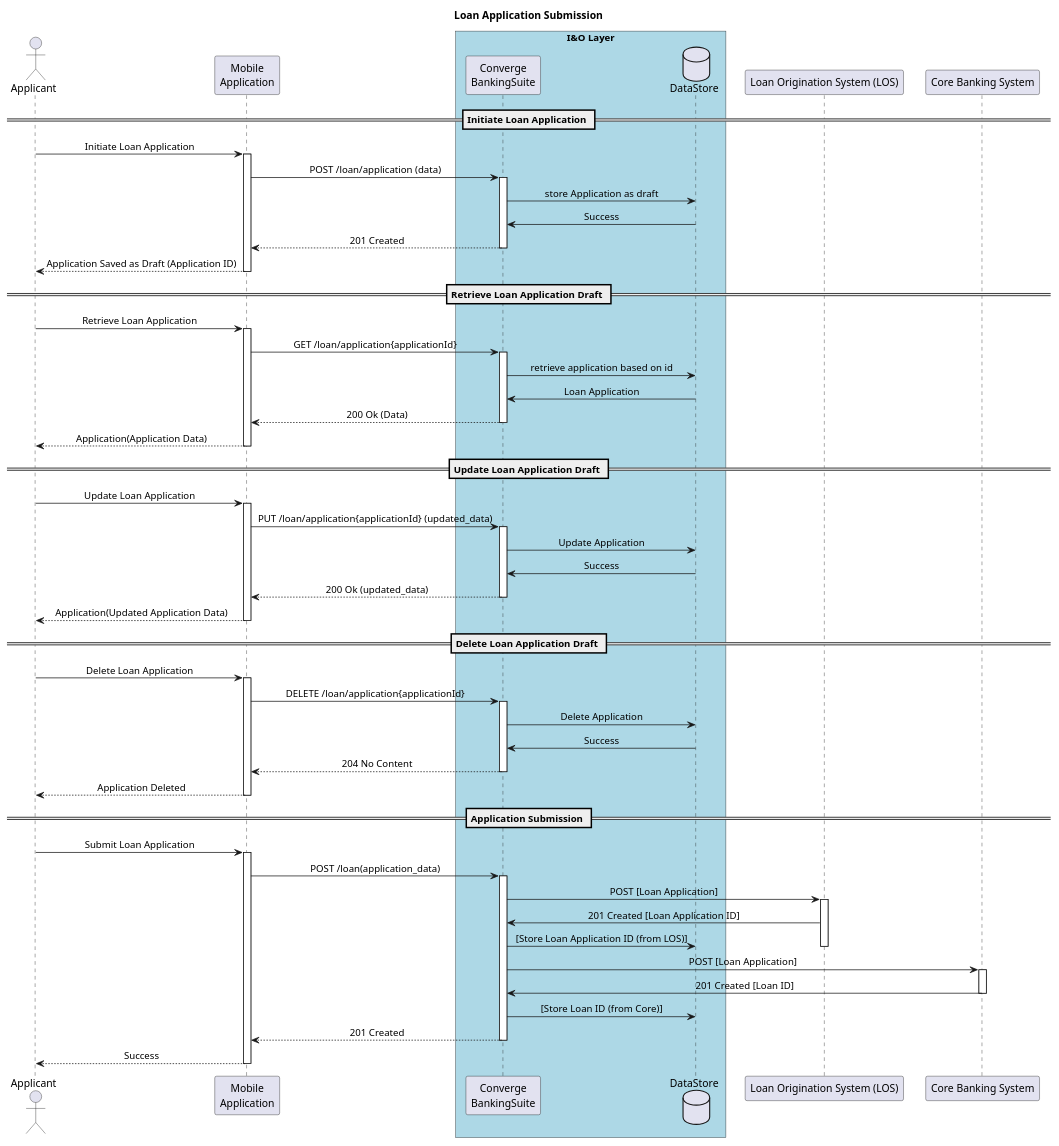
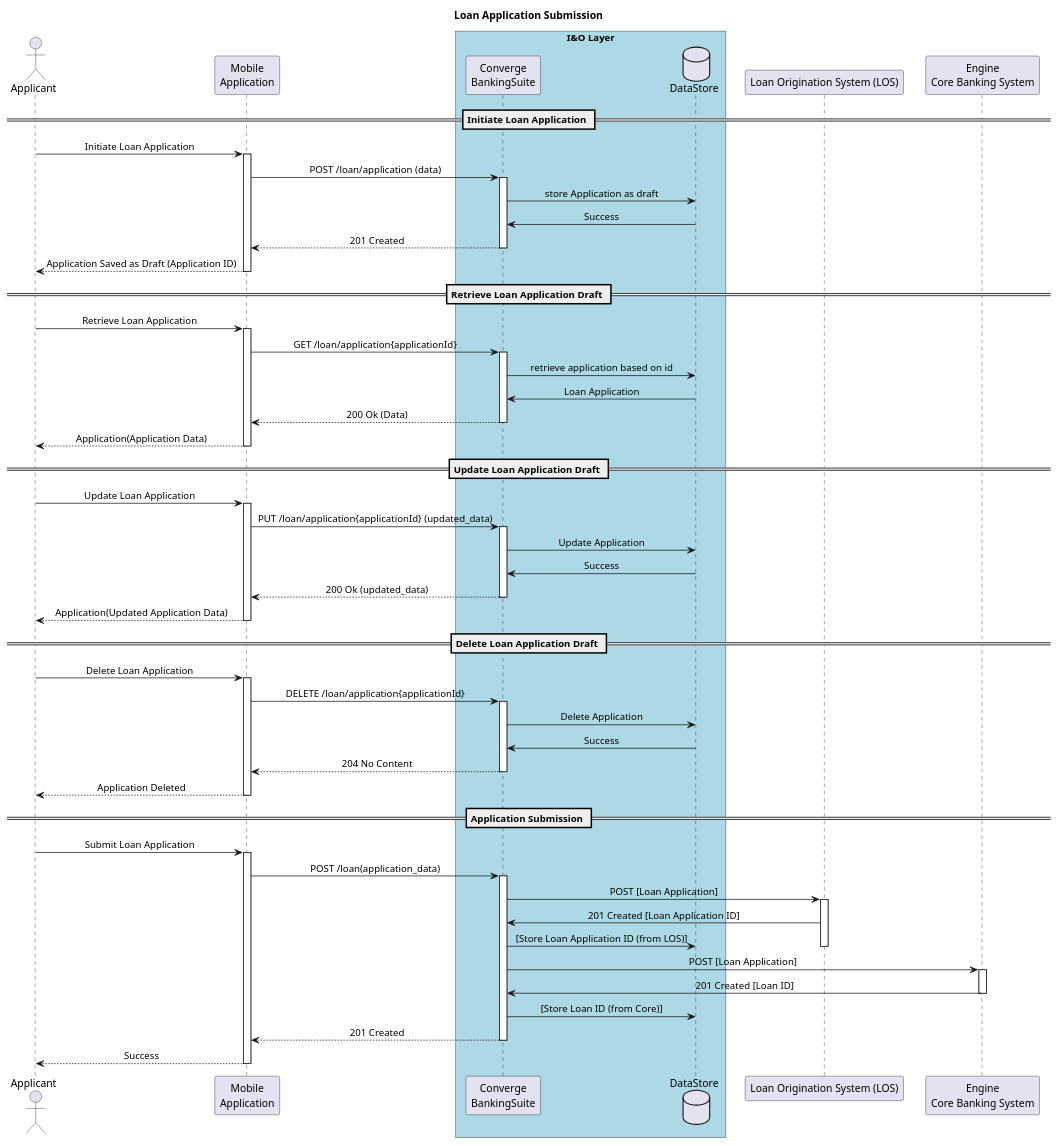
Before and after one commit to vinshah/banking: the diagram in sequence-diagram/loan-application.puml, drawn with PlantUML.

```diff
--- a/sequence-diagram/loan-application.puml
+++ b/sequence-diagram/loan-application.puml
@@ -1,86 +1,86 @@
 @startuml
 title Loan Application Submission
 skinparam ParticipantPadding 10
 skinparam BoxPadding 10
 skinparam defaultTextAlignment center
 
 
 actor "Applicant" as App
 participant "Mobile\nApplication" as Portal
 box "I&O Layer" #LightBlue
 participant "Converge\nBankingSuite" as bs
 database DataStore as ds
 end box
 participant "Loan Origination System (LOS)" as LOS
-participant "Core Banking System" as Core
+participant "Engine\nCore Banking System" as Core
 
 == Initiate Loan Application ==
 App -> Portal: Initiate Loan Application
 Activate Portal
 Portal -> bs: POST /loan/application (data)
 Activate bs
 bs -> ds: store Application as draft
 ds -> bs: Success
 bs --> Portal: 201 Created
 deactivate bs
 Portal --> App: Application Saved as Draft (Application ID)
 deactivate Portal
 
 == Retrieve Loan Application Draft ==
 App -> Portal: Retrieve Loan Application
 Activate Portal
 Portal -> bs: GET /loan/application{applicationId}
 Activate bs
 bs -> ds: retrieve application based on id
 ds -> bs: Loan Application
 bs --> Portal: 200 Ok (Data)
 deactivate bs
 Portal --> App: Application(Application Data)
 deactivate Portal
 
 == Update Loan Application Draft ==
 App -> Portal: Update Loan Application
 Activate Portal
 Portal -> bs: PUT /loan/application{applicationId} (updated_data)
 Activate bs
 bs -> ds: Update Application
 ds -> bs: Success
 bs --> Portal: 200 Ok (updated_data)
 deactivate bs
 Portal --> App: Application(Updated Application Data)
 deactivate Portal
 
 == Delete Loan Application Draft ==
 App -> Portal: Delete Loan Application
 Activate Portal
 Portal -> bs: DELETE /loan/application{applicationId} 
 Activate bs
 bs -> ds: Delete Application
 ds -> bs: Success
 bs --> Portal: 204 No Content
 deactivate bs
 Portal --> App: Application Deleted
 deactivate Portal
 
 
 == Application Submission ==
 App -> Portal: Submit Loan Application
 Activate Portal
 Portal -> bs: POST /loan(application_data)
 Activate bs
 bs -> LOS: POST [Loan Application]
 Activate LOS
 LOS -> bs: 201 Created [Loan Application ID]
 bs -> ds: [Store Loan Application ID (from LOS)]
 deactivate LOS
 bs -> Core: POST [Loan Application]
 activate Core
 Core -> bs: 201 Created [Loan ID]
 deactivate Core
 bs -> ds: [Store Loan ID (from Core)]
 bs --> Portal: 201 Created
 deactivate bs
 Portal --> App: Success
 deactivate Portal
 
 @enduml
```
